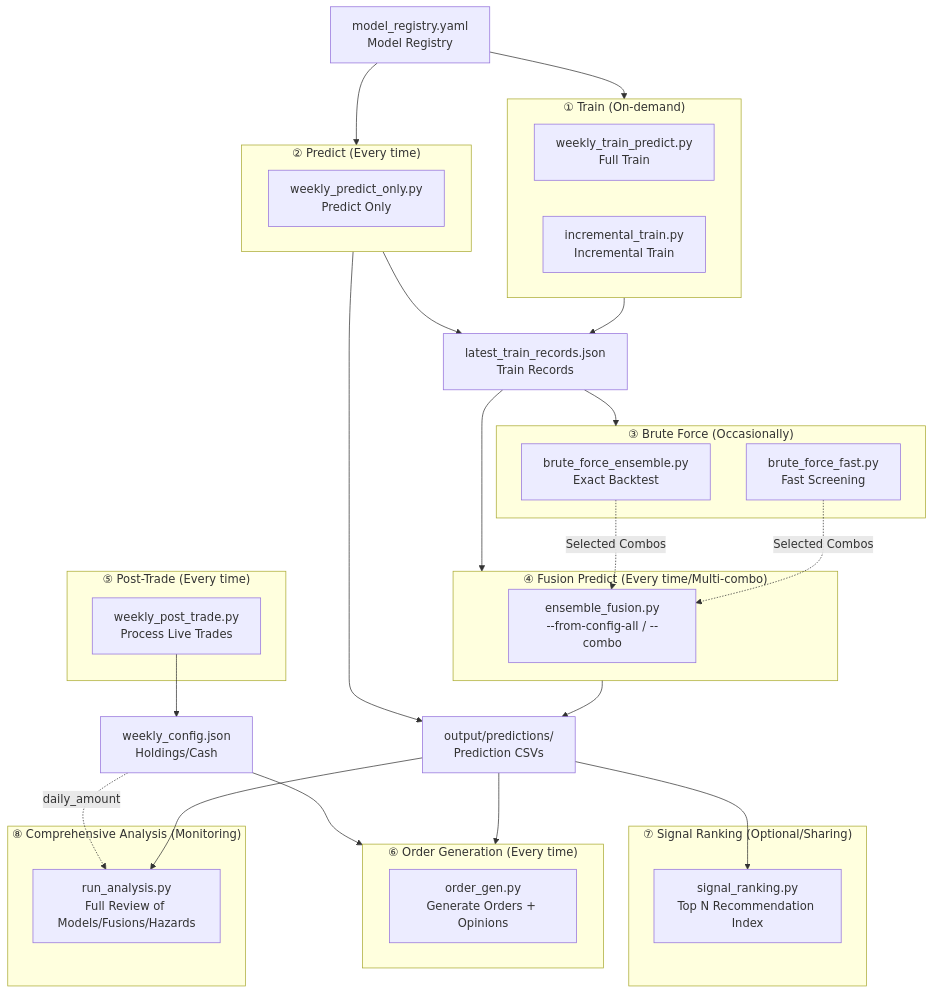
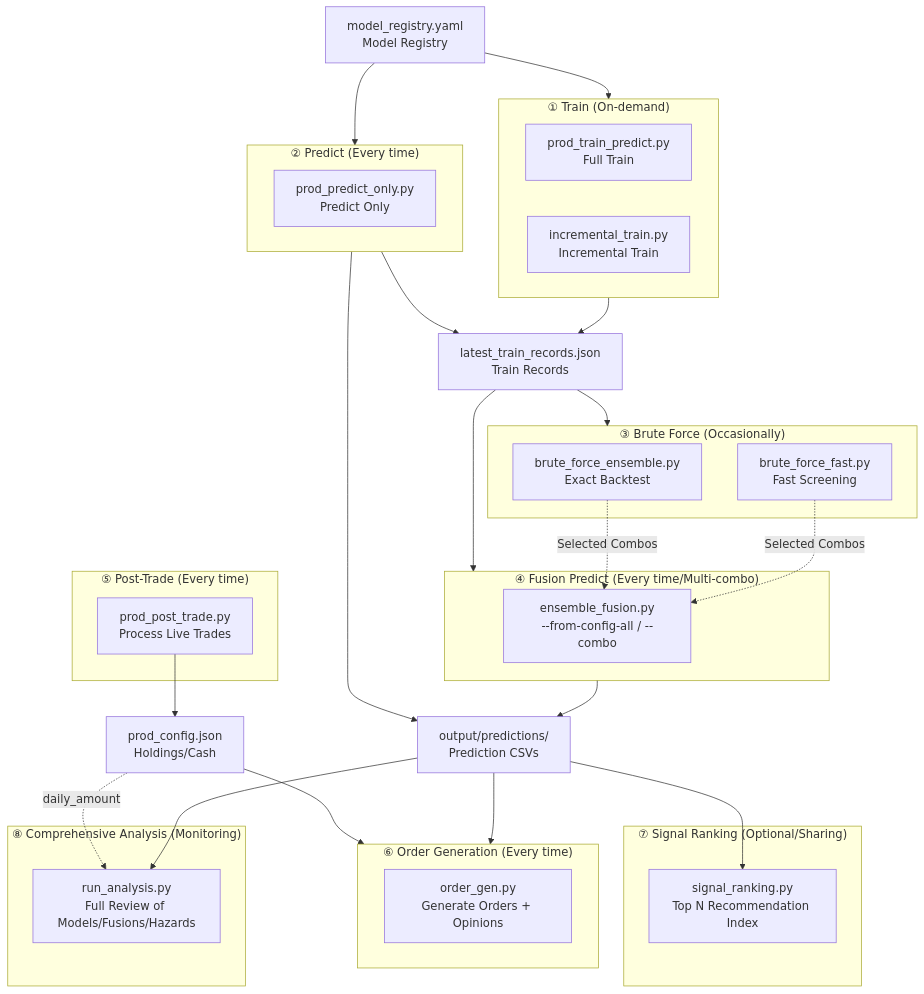
One commit to DarkLink/QuantPits changed the diagram in engine/docs/en/00_SYSTEM_OVERVIEW.md. Above: the diagram before and after it, drawn with Mermaid. The commit also changed other lines of this file and 32 other files, not shown here.

````diff
--- a/engine/docs/en/00_SYSTEM_OVERVIEW.md
+++ b/engine/docs/en/00_SYSTEM_OVERVIEW.md
@@ -43,58 +43,58 @@
 ```mermaid
 flowchart TB
     subgraph TRAIN["① Train (On-demand)"]
-        TP["weekly_train_predict.py<br/>Full Train"]
+        TP["prod_train_predict.py<br/>Full Train"]
         IT["incremental_train.py<br/>Incremental Train"]
     end
 
     subgraph PREDICT["② Predict (Every time)"]
-        PO["weekly_predict_only.py<br/>Predict Only"]
+        PO["prod_predict_only.py<br/>Predict Only"]
     end
 
     subgraph BRUTEFORCE["③ Brute Force (Occasionally)"]
         BF["brute_force_ensemble.py<br/>Exact Backtest"]
         BFF["brute_force_fast.py<br/>Fast Screening"]
     end
 
     subgraph FUSION["④ Fusion Predict (Every time/Multi-combo)"]
         EF["ensemble_fusion.py<br/>--from-config-all / --combo"]
     end
 
     subgraph POSTTRADE["⑤ Post-Trade (Every time)"]
-        PT["weekly_post_trade.py<br/>Process Live Trades"]
+        PT["prod_post_trade.py<br/>Process Live Trades"]
     end
 
     subgraph ORDERGEN["⑥ Order Generation (Every time)"]
         OG["order_gen.py<br/>Generate Orders + Opinions"]
     end
 
     subgraph SIGNAL["⑦ Signal Ranking (Optional/Sharing)"]
         SR["signal_ranking.py<br/>Top N Recommendation Index"]
     end
 
     subgraph ANALYSIS["⑧ Comprehensive Analysis (Monitoring)"]
         AN["run_analysis.py<br/>Full Review of Models/Fusions/Hazards"]
     end
 
     REG["model_registry.yaml<br/>Model Registry"]
     LTR["latest_train_records.json<br/>Train Records"]
     PRED_CSV["output/predictions/<br/>Prediction CSVs"]
-    WC["weekly_config.json<br/>Holdings/Cash"]
+    WC["prod_config.json<br/>Holdings/Cash"]
 
     REG --> TRAIN
     REG --> PREDICT
     TRAIN --> LTR
     PREDICT --> LTR
     LTR --> BRUTEFORCE
     LTR --> FUSION
     FUSION --> PRED_CSV
     PREDICT --> PRED_CSV
     PRED_CSV --> ORDERGEN
     PRED_CSV --> SR
     PRED_CSV --> AN
     PT --> WC
     WC --> ORDERGEN
     WC -.->|daily_amount| AN
     BFF -.->|Selected Combos| EF
     BF -.->|Selected Combos| EF
 ```
````
